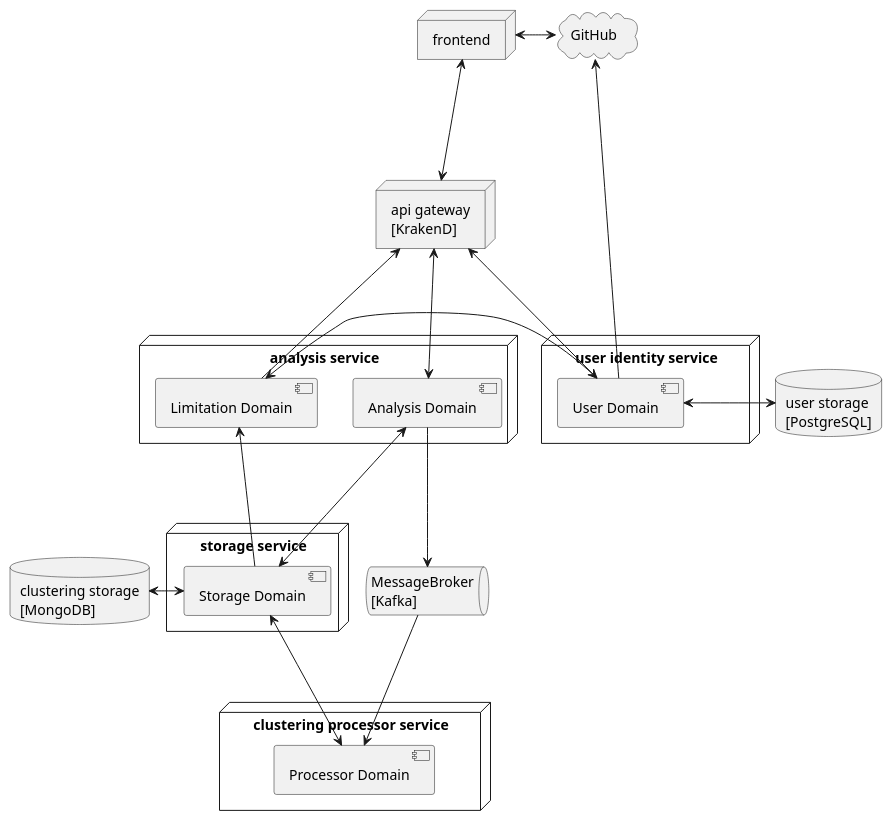
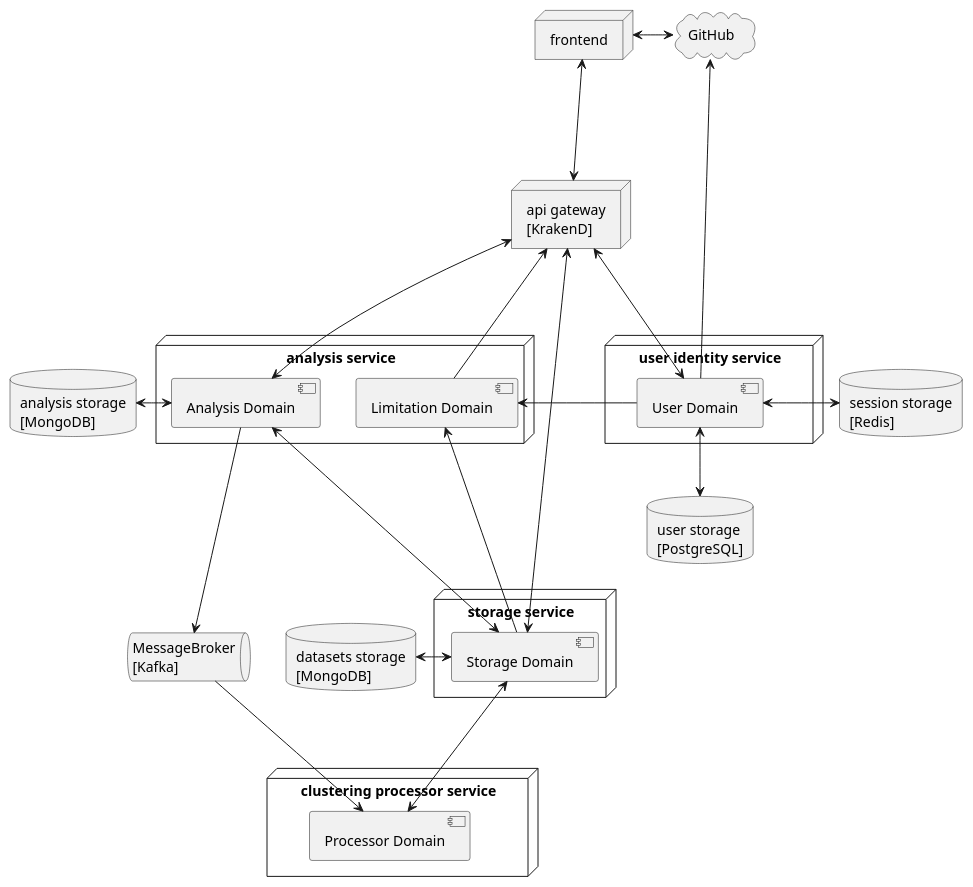
Before and after one commit to Dmitriy770/analysis-webapp: the diagram in descriptions/components.wsd, drawn with PlantUML. The commit also changed 2 other files, not shown here.

```diff
--- a/descriptions/components.wsd
+++ b/descriptions/components.wsd
@@ -1,58 +1,62 @@
 @startuml Analysis Service
 
-skinparam {
-    HorizontalAlignment center
-}
+skinparam sequenceMessageAlign center
+skinparam sequenceReferenceAlign center
 
 cloud "GitHub" as GitHub
 
 node "user identity service" as UserIdentityService {
     component "User Domain" as UserDomain
 }
 
 node "frontend" as Frontend {
 
 }
 
 node "api gateway\n[KrakenD]" as ApiGateway
 
 node "analysis service" as AnalysisService {
     component "Analysis Domain" as AnalysisDomain
     component "Limitation Domain" as LimitationDomain
 
 }
 
 node "storage service" as StorageService {
     component "Storage Domain" as StorageDomain
 }
 
 node "clustering processor service" as ClusteringProcessorService{
     component "Processor Domain" as ProcessorDomain
 }
 
 queue "MessageBroker\n[Kafka]" as MessageBroker
 
-database "clustering storage\n[MongoDB]" as ClusteringStorage
+database "analysis storage\n[MongoDB]" as AnalysisStorage
 database "user storage\n[PostgreSQL]" as UserStorage
+database "session storage\n[Redis]" as SessionStorage
+database "datasets storage\n[MongoDB]" as ClusteringStorage
 
 GitHub <-d-- UserDomain
 GitHub <-l--> Frontend
 
 Frontend <-d--> ApiGateway
 
 ApiGateway <-d-- LimitationDomain
 ApiGateway <-d--> AnalysisDomain
 ApiGateway <-d--> UserDomain 
+ApiGateway <-d--> StorageDomain
 
 UserDomain -l--> LimitationDomain
-UserDomain <-r-> UserStorage
+UserDomain <-r-> SessionStorage
+UserDomain <-d-> UserStorage
 
 AnalysisDomain <-d--> StorageDomain
+AnalysisDomain <-l--> AnalysisStorage
 StorageDomain -u--> LimitationDomain
 StorageDomain <-l-> ClusteringStorage
 
 AnalysisDomain -d--> MessageBroker
 MessageBroker -d--> ProcessorDomain
 ProcessorDomain <-u--> StorageDomain
 
 @enduml
```
